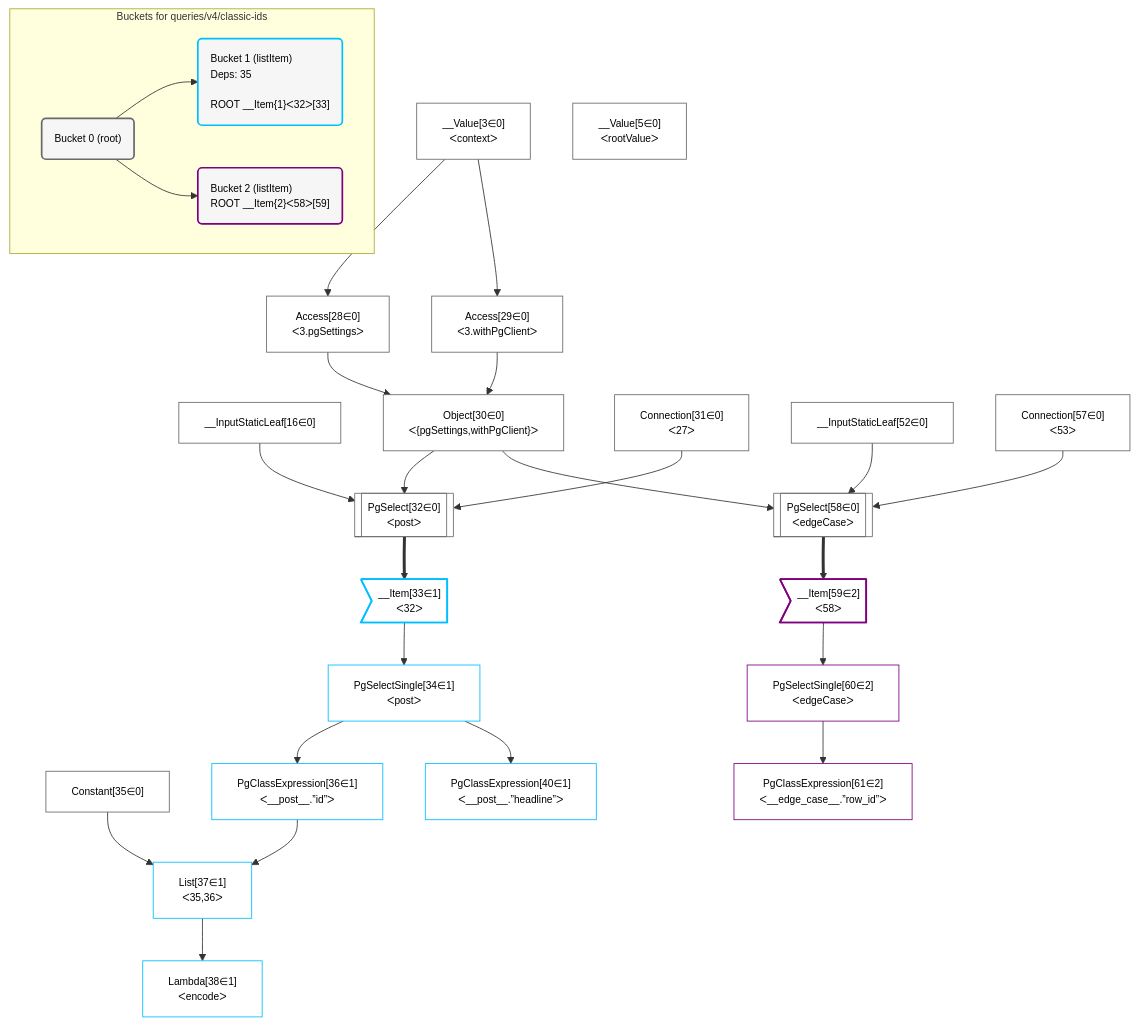
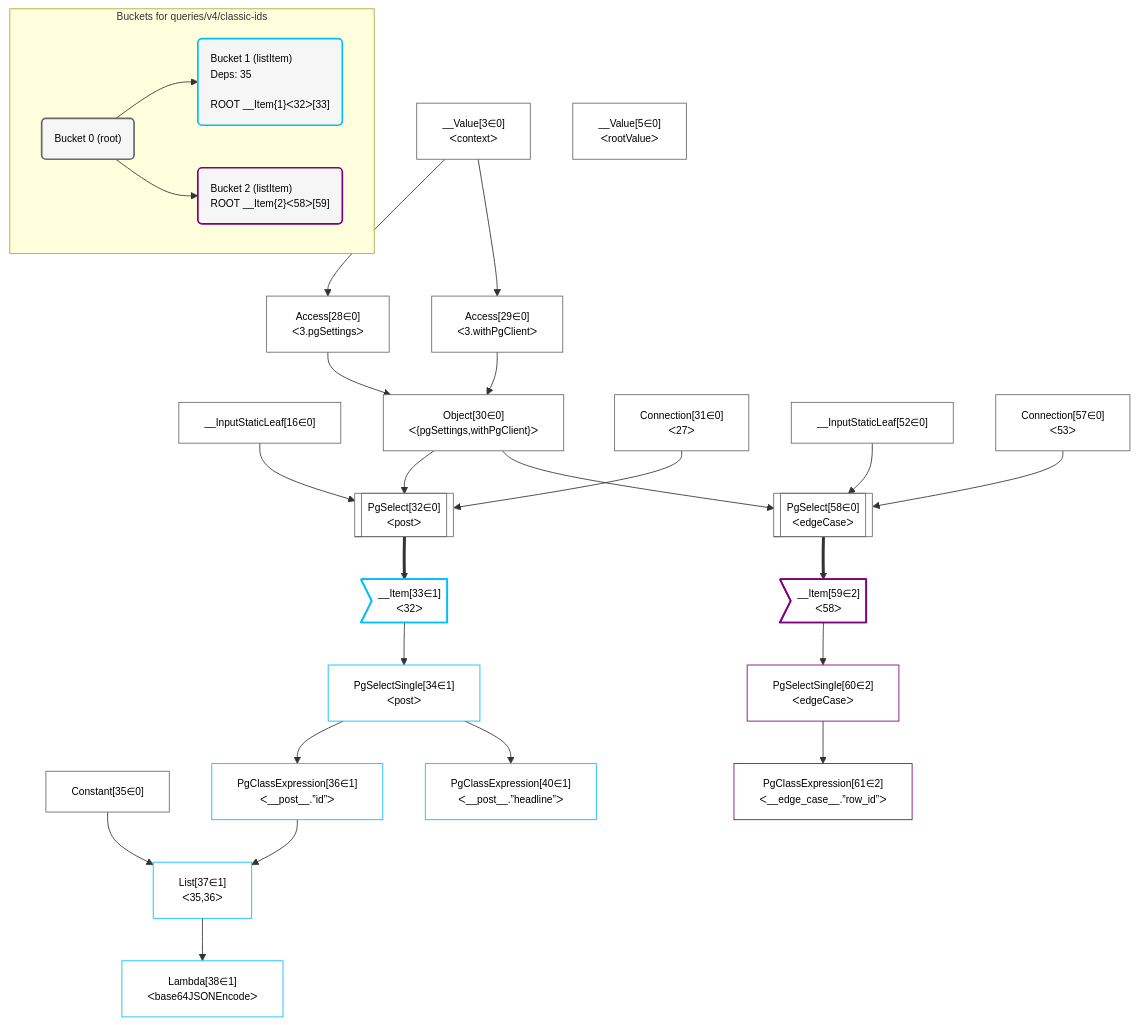
Before and after one commit to graphile/crystal: the diagram in postgraphile/postgraphile/__tests__/queries/v4/classic-ids.mermaid, drawn with Mermaid. The commit also changed 26 other files, not shown here.

Commit message:
More descriptive lambda plan snapshots

```diff
--- a/postgraphile/postgraphile/__tests__/queries/v4/classic-ids.mermaid
+++ b/postgraphile/postgraphile/__tests__/queries/v4/classic-ids.mermaid
@@ -1,60 +1,60 @@
 %%{init: {'themeVariables': { 'fontSize': '12px'}}}%%
 graph TD
     classDef path fill:#eee,stroke:#000,color:#000
     classDef plan fill:#fff,stroke-width:1px,color:#000
     classDef itemplan fill:#fff,stroke-width:2px,color:#000
     classDef sideeffectplan fill:#f00,stroke-width:2px,color:#000
     classDef bucket fill:#f6f6f6,color:#000,stroke-width:2px,text-align:left
 
 
     %% define steps
     __Value3["__Value[3∈0]<br />ᐸcontextᐳ"]:::plan
     __Value5["__Value[5∈0]<br />ᐸrootValueᐳ"]:::plan
     __InputStaticLeaf16["__InputStaticLeaf[16∈0]"]:::plan
     Access28["Access[28∈0]<br />ᐸ3.pgSettingsᐳ"]:::plan
     Access29["Access[29∈0]<br />ᐸ3.withPgClientᐳ"]:::plan
     Object30["Object[30∈0]<br />ᐸ{pgSettings,withPgClient}ᐳ"]:::plan
     Connection31["Connection[31∈0]<br />ᐸ27ᐳ"]:::plan
     PgSelect32[["PgSelect[32∈0]<br />ᐸpostᐳ"]]:::plan
     __Item33>"__Item[33∈1]<br />ᐸ32ᐳ"]:::itemplan
     PgSelectSingle34["PgSelectSingle[34∈1]<br />ᐸpostᐳ"]:::plan
     Constant35["Constant[35∈0]"]:::plan
     PgClassExpression36["PgClassExpression[36∈1]<br />ᐸ__post__.”id”ᐳ"]:::plan
     List37["List[37∈1]<br />ᐸ35,36ᐳ"]:::plan
-    Lambda38["Lambda[38∈1]<br />ᐸencodeᐳ"]:::plan
+    Lambda38["Lambda[38∈1]<br />ᐸbase64JSONEncodeᐳ"]:::plan
     PgClassExpression40["PgClassExpression[40∈1]<br />ᐸ__post__.”headline”ᐳ"]:::plan
     __InputStaticLeaf52["__InputStaticLeaf[52∈0]"]:::plan
     Connection57["Connection[57∈0]<br />ᐸ53ᐳ"]:::plan
     PgSelect58[["PgSelect[58∈0]<br />ᐸedgeCaseᐳ"]]:::plan
     __Item59>"__Item[59∈2]<br />ᐸ58ᐳ"]:::itemplan
     PgSelectSingle60["PgSelectSingle[60∈2]<br />ᐸedgeCaseᐳ"]:::plan
     PgClassExpression61["PgClassExpression[61∈2]<br />ᐸ__edge_case__.”row_id”ᐳ"]:::plan
 
     %% plan dependencies
     __Value3 --> Access28
     __Value3 --> Access29
     Access28 & Access29 --> Object30
     Object30 & __InputStaticLeaf16 & Connection31 --> PgSelect32
     PgSelect32 ==> __Item33
     __Item33 --> PgSelectSingle34
     PgSelectSingle34 --> PgClassExpression36
     Constant35 & PgClassExpression36 --> List37
     List37 --> Lambda38
     PgSelectSingle34 --> PgClassExpression40
     Object30 & __InputStaticLeaf52 & Connection57 --> PgSelect58
     PgSelect58 ==> __Item59
     __Item59 --> PgSelectSingle60
     PgSelectSingle60 --> PgClassExpression61
 
     subgraph "Buckets for queries/v4/classic-ids"
     Bucket0("Bucket 0 (root)"):::bucket
     classDef bucket0 stroke:#696969
     class Bucket0,__Value3,__Value5,__InputStaticLeaf16,Access28,Access29,Object30,Connection31,PgSelect32,Constant35,__InputStaticLeaf52,Connection57,PgSelect58 bucket0
     Bucket1("Bucket 1 (listItem)<br />Deps: 35<br /><br />ROOT __Item{1}ᐸ32ᐳ[33]"):::bucket
     classDef bucket1 stroke:#00bfff
     class Bucket1,__Item33,PgSelectSingle34,PgClassExpression36,List37,Lambda38,PgClassExpression40 bucket1
     Bucket2("Bucket 2 (listItem)<br />ROOT __Item{2}ᐸ58ᐳ[59]"):::bucket
     classDef bucket2 stroke:#7f007f
     class Bucket2,__Item59,PgSelectSingle60,PgClassExpression61 bucket2
     Bucket0 --> Bucket1 & Bucket2
     end
```
